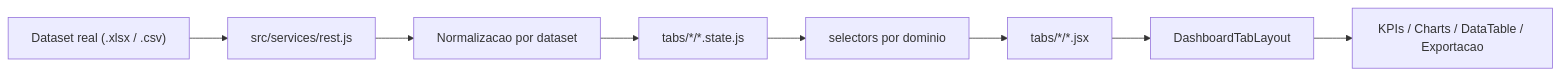
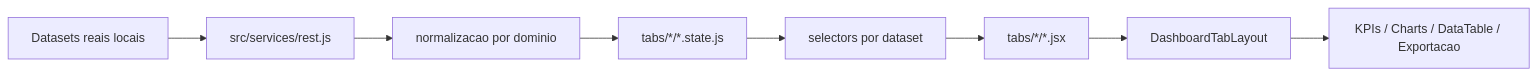
The diagram in README.md (andrepimentelsantos01/dashboard-ia-bi-demo), drawn with Mermaid before and after one commit. The commit also changed other lines of this file and 47 other files, not shown here.

````diff
--- a/README.md
+++ b/README.md
@@ -48,10 +46,10 @@
 ```mermaid
 flowchart LR
-    A["Dataset real (.xlsx / .csv)"] --> B["src/services/rest.js"]
-    B --> C["Normalizacao por dataset"]
+    A["Datasets reais locais"] --> B["src/services/rest.js"]
+    B --> C["normalizacao por dominio"]
     C --> D["tabs/*/*.state.js"]
-    D --> E["selectors por dominio"]
+    D --> E["selectors por dataset"]
     E --> F["tabs/*/*.jsx"]
     F --> G["DashboardTabLayout"]
     G --> H["KPIs / Charts / DataTable / Exportacao"]
 ```
````
